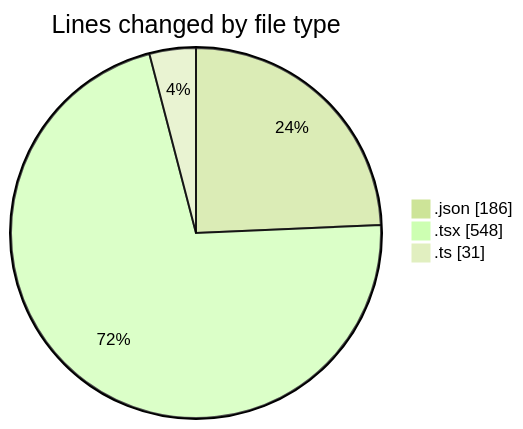
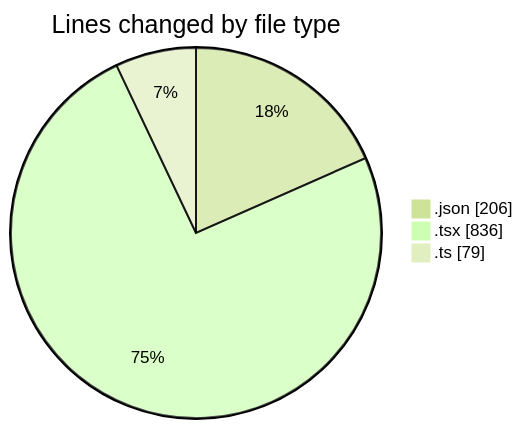
The first of 2 diagrams in 2025-05-09/un_laala/README.md (Elitesun/code-tracking), drawn with Mermaid (forest theme) before and after one commit. The commit also changed other lines of this file and 1 other file, not shown here.

````diff
--- a/2025-05-09/un_laala/README.md
+++ b/2025-05-09/un_laala/README.md
@@ -25,7 +26,7 @@
 ```mermaid
 pie showData
 title Lines changed by file type
-".json" : 186
-".tsx" : 548
-".ts" : 31
+".json" : 206
+".tsx" : 836
+".ts" : 79
 ```
````
